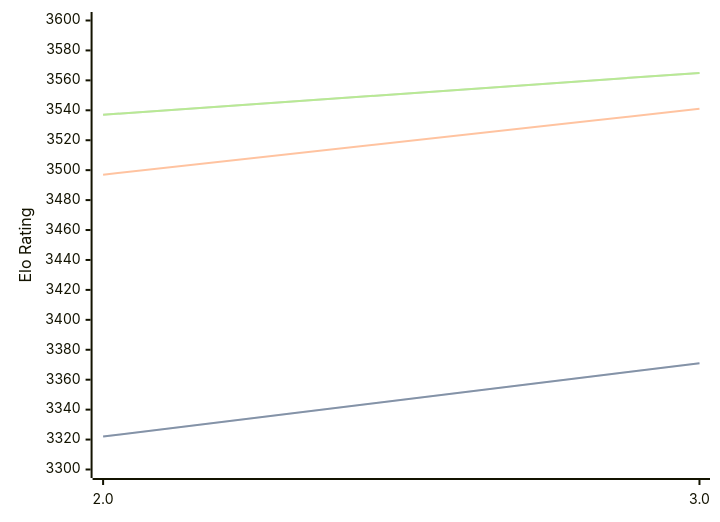
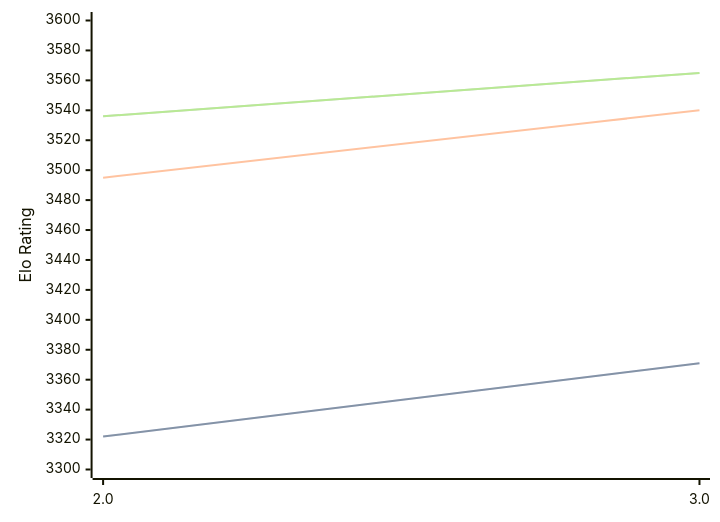
One commit to computer-chess-index/cci changed the diagram in engines/Quanticade.md. Above: the diagram before and after it, drawn with Mermaid. The commit also changed other lines of this file, not shown here.

Commit message:
Update CCI Ratings (ELO VLTC) - 2026-04-08

````diff
--- a/engines/Quanticade.md
+++ b/engines/Quanticade.md
@@ -41,11 +41,11 @@
 ```mermaid
 %%{init: {"theme":"base","themeVariables":{"seriesColors:['#a3a3a3','#222221','#faa371']}}}%%
 xychart-beta
   x-axis ["2.0", "3.0"]
   y-axis "Elo Rating" 3300 --> 3600
   line "STC (8.0+0.08s)" [3322, 3371]
   line "STC (8.0+0.08s)" [3322, 3371]
-  line "LTC (60.0+0.60s)" [3497, 3541]
-  line "VLTC (2m24s+1.12s)" [3537, 3565]
-  line "VLTC (2m24s+1.12s)" [3537, 3565]
+  line "LTC (60.0+0.60s)" [3495, 3540]
+  line "VLTC (2m24s+1.12s)" [3536, 3565]
+  line "VLTC (2m24s+1.12s)" [3536, 3565]
 ```
````
